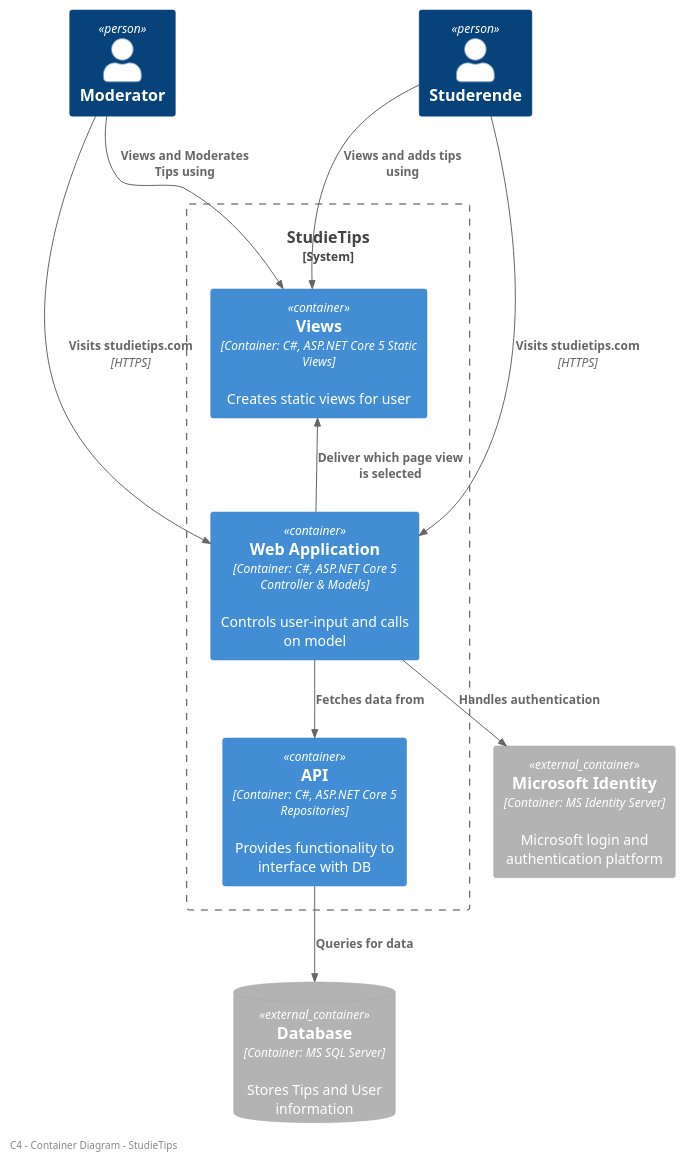
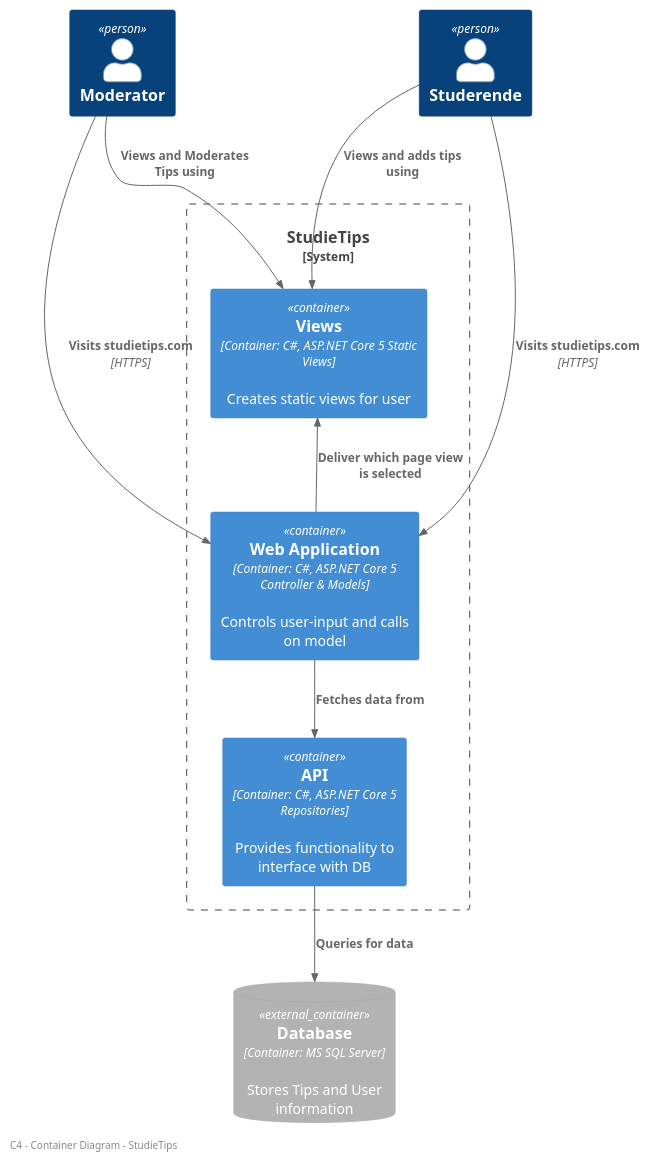
The diagram in C4/C4-Level2/container.puml (I4PRJ4/I4PRJ4-plantuml), drawn with PlantUML before and after one commit. The commit also changed 1 other file, not shown here.

Commit message:
updated to exclude microsoft identity

```diff
--- a/C4/C4-Level2/container.puml
+++ b/C4/C4-Level2/container.puml
@@ -1,37 +1,36 @@
 @startuml Container Diagram
 !include <C4/C4_Container>
 
 left footer C4 - Container Diagram - StudieTips
 
 Person(Moderator, "Moderator")
 Person(User, "Studerende")
 
 System_Boundary(c1, "StudieTips") {
     Container(Views, "Views", "Container: C#, ASP.NET Core 5 Static Views", "Creates static views for user")
     Container(WebApplication, "Web Application", "Container: C#, ASP.NET Core 5 Controller & Models", "Controls user-input and calls on model")
     Container(API, "API", "Container: C#, ASP.NET Core 5 Repositories", "Provides functionality to interface with DB")
 }
 ContainerDb_Ext(Database, "Database","Container: MS SQL Server","Stores Tips and User information")
-Container_Ext(MSI, "Microsoft Identity","Container: MS Identity Server","Microsoft login and authentication platform")
 
 Lay_D(User,c1)
 Lay_D(Moderator,c1)
 Lay_R(Views,WebApplication)
 
 Rel(User,Views, "Views and adds tips using")
 Rel(Moderator, Views, "Views and Moderates Tips using")
 
 
 Rel(User,WebApplication, "Visits studietips.com", "HTTPS")
 Rel(Moderator, WebApplication, "Visits studietips.com", "HTTPS")
 
 Rel(WebApplication,Views, "Deliver which page view is selected")
 
 Rel(WebApplication,API, "Fetches data from")
 
 Rel(API,Database, "Queries for data")
-Rel(WebApplication,MSI, "Handles authentication")
+
 
 
 
 @enduml
```
